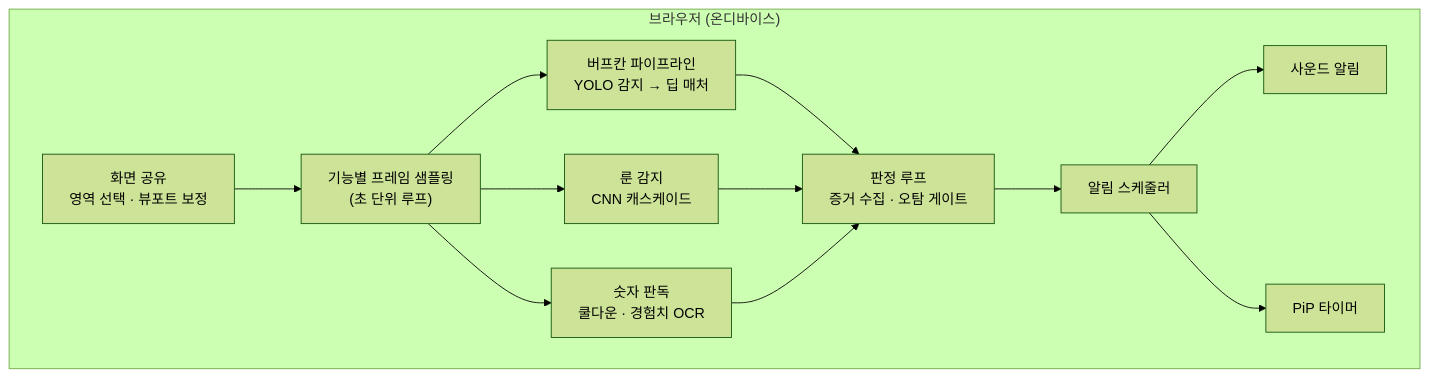
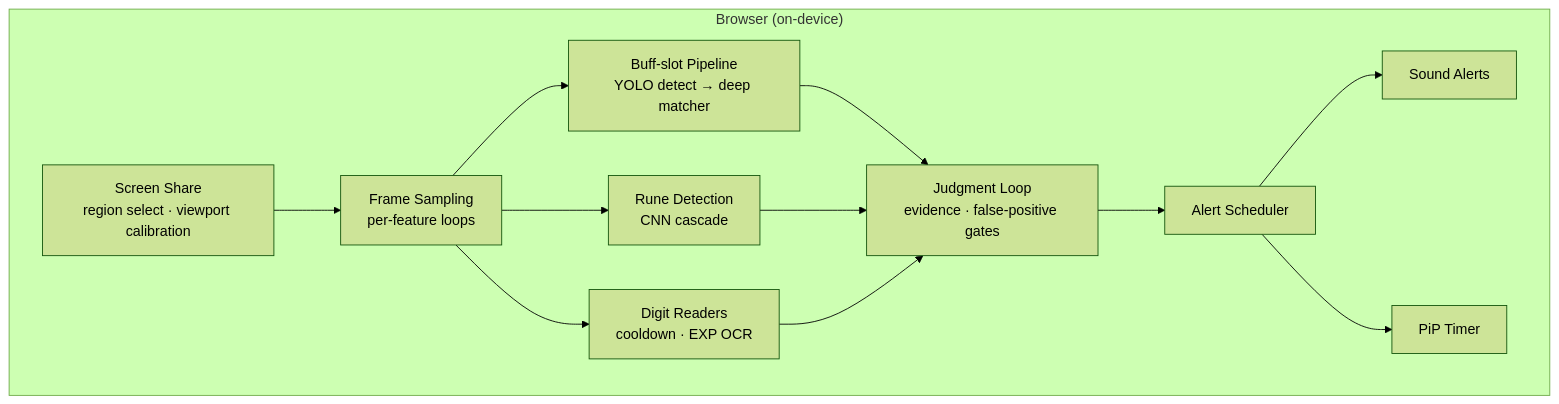
The first of 2 diagrams in profile/README.md (maple-timer/.github), drawn with Mermaid (forest theme) before and after one commit. The commit also changed other lines of this file, not shown here.

Commit message:
profile: english diagram nodes, official remote-recognition wording

````diff
--- a/profile/README.md
+++ b/profile/README.md
@@ -35,16 +37,16 @@
 ```mermaid
 flowchart LR
-    subgraph B["브라우저 (온디바이스)"]
+    subgraph B["Browser (on-device)"]
         direction LR
-        C["화면 공유<br/>영역 선택 · 뷰포트 보정"] --> S["기능별 프레임 샘플링<br/>(초 단위 루프)"]
-        S --> W1["버프칸 파이프라인<br/>YOLO 감지 → 딥 매처"]
-        S --> W2["룬 감지<br/>CNN 캐스케이드"]
-        S --> W3["숫자 판독<br/>쿨다운 · 경험치 OCR"]
-        W1 --> J["판정 루프<br/>증거 수집 · 오탐 게이트"]
+        C["Screen Share<br/>region select · viewport calibration"] --> S["Frame Sampling<br/>per-feature loops"]
+        S --> W1["Buff-slot Pipeline<br/>YOLO detect → deep matcher"]
+        S --> W2["Rune Detection<br/>CNN cascade"]
+        S --> W3["Digit Readers<br/>cooldown · EXP OCR"]
+        W1 --> J["Judgment Loop<br/>evidence · false-positive gates"]
         W2 --> J
         W3 --> J
-        J --> A["알림 스케줄러"]
-        A --> O1["사운드 알림"]
-        A --> O2["PiP 타이머"]
+        J --> A["Alert Scheduler"]
+        A --> O1["Sound Alerts"]
+        A --> O2["PiP Timer"]
     end
 ```
````
